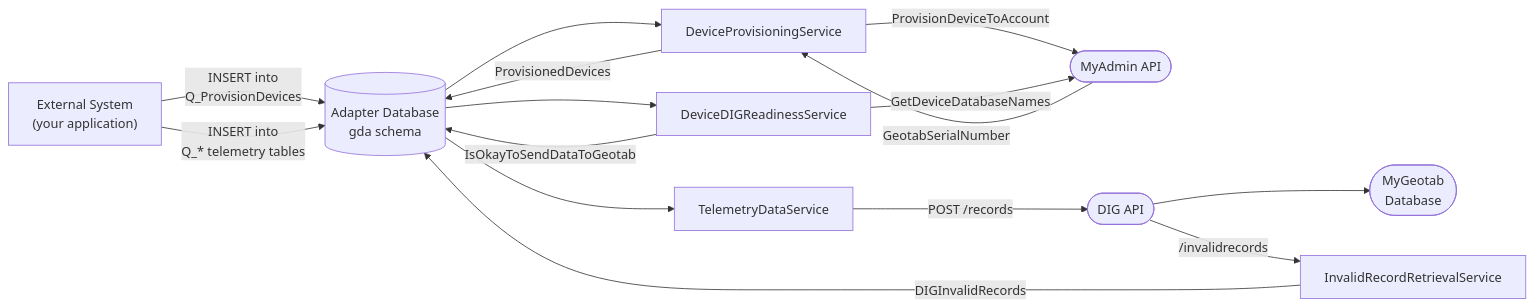
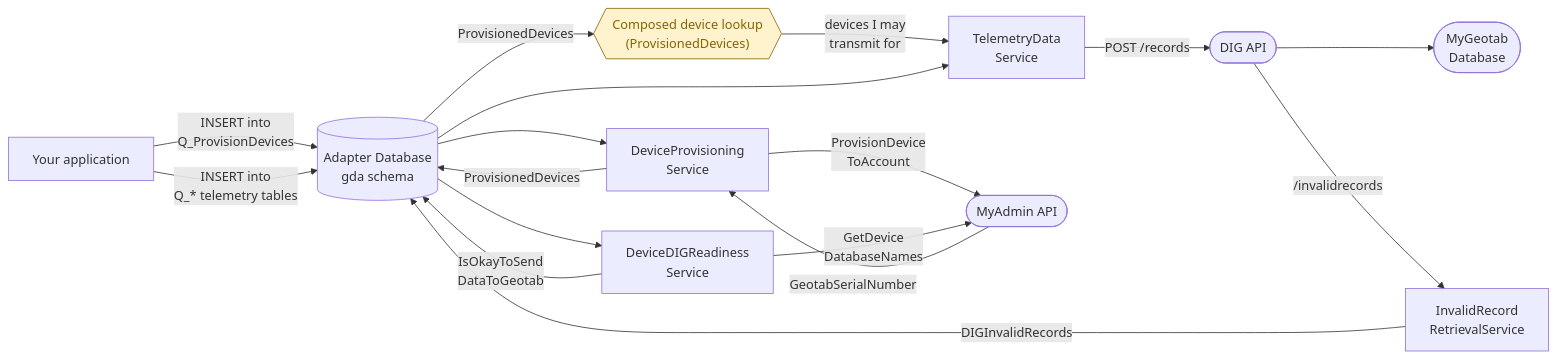
One commit to Geotab/mygeotab-api-adapter changed the second of 9 diagrams in GeotabDIGAdapter/README.md. Above: the diagram before and after it, drawn with Mermaid. The commit also changed other lines of this file and 166 other files, not shown here.

````diff
--- a/GeotabDIGAdapter/README.md
+++ b/GeotabDIGAdapter/README.md
@@ -197,27 +327,35 @@
 ```mermaid
 flowchart LR
-    External["External System<br/>(your application)"]
+    App["Your application"]
     DB[(Adapter Database<br/>gda schema)]
-    DPA[DeviceProvisioningService]
-    DRS[DeviceDIGReadinessService]
-    TDS[TelemetryDataService]
-    IRS[InvalidRecordRetrievalService]
+    DPA[DeviceProvisioning<br/>Service]
+    DRS[DeviceDIGReadiness<br/>Service]
+    LOOKUP{{"Composed device lookup<br/>(ProvisionedDevices)"}}
+    TDS[TelemetryData<br/>Service]
+    IRS[InvalidRecord<br/>RetrievalService]
     MyAdmin([MyAdmin API])
     DIG([DIG API])
     MyG([MyGeotab<br/>Database])
 
-    External -- "INSERT into<br/>Q_ProvisionDevices" --> DB
-    External -- "INSERT into<br/>Q_* telemetry tables" --> DB
+    App -- "INSERT into<br/>Q_ProvisionDevices" --> DB
+    App -- "INSERT into<br/>Q_* telemetry tables" --> DB
+
     DB --> DPA
-    DPA -- "ProvisionDeviceToAccount" --> MyAdmin
+    DPA -- "ProvisionDevice<br/>ToAccount" --> MyAdmin
     MyAdmin -- "GeotabSerialNumber" --> DPA
     DPA -- "ProvisionedDevices" --> DB
     DB --> DRS
-    DRS -- "GetDeviceDatabaseNames" --> MyAdmin
-    DRS -- "IsOkayToSendDataToGeotab" --> DB
+    DRS -- "GetDevice<br/>DatabaseNames" --> MyAdmin
+    DRS -- "IsOkayToSend<br/>DataToGeotab" --> DB
+
+    DB -- "ProvisionedDevices" --> LOOKUP
+    LOOKUP -- "devices I may<br/>transmit for" --> TDS
+
     DB --> TDS
     TDS -- "POST /records" --> DIG
     DIG --> MyG
     DIG -- "/invalidrecords" --> IRS
     IRS -- "DIGInvalidRecords" --> DB
+
+    style LOOKUP fill:#fff3cd,stroke:#856404,color:#856404
 ```
````
